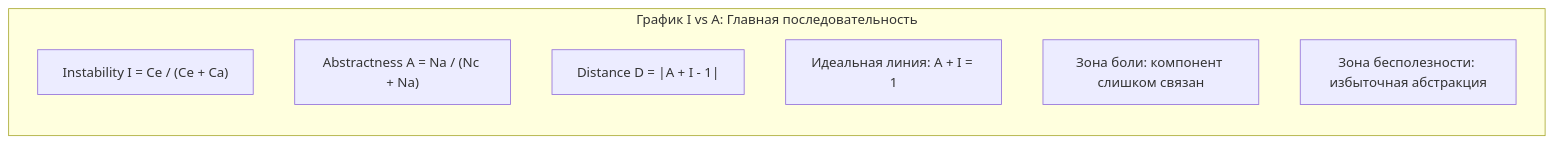
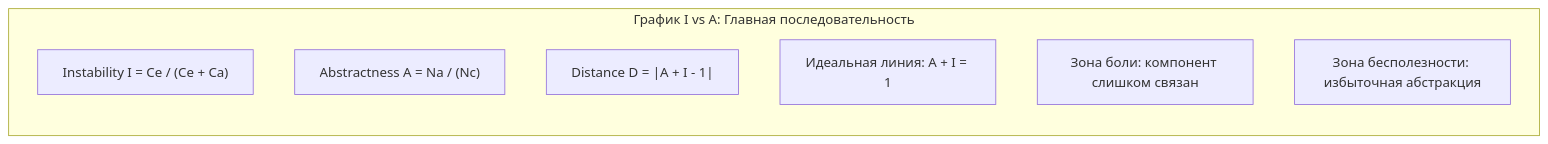
One commit to DAndreev91/course_creator changed the second of 26 diagrams in final_course_ready.md. Above: the diagram before and after it, drawn with Mermaid. The commit also changed other lines of this file, not shown here.

````diff
--- a/final_course_ready.md
+++ b/final_course_ready.md
@@ -128,12 +138,12 @@
 ```mermaid
 flowchart LR
     subgraph Legend["График I vs A: Главная последовательность"]
         direction TB
         L1["Instability I = Ce / (Ce + Ca)"]
-        L2["Abstractness A = Na / (Nc + Na)"]
+        L2["Abstractness A = Na / (Nc)"]
         L3["Distance D = |A + I - 1|"]
         L4["Идеальная линия: A + I = 1"]
         L5["Зона боли: компонент слишком связан"]
         L6["Зона бесполезности: избыточная абстракция"]
     end
 ```
````
